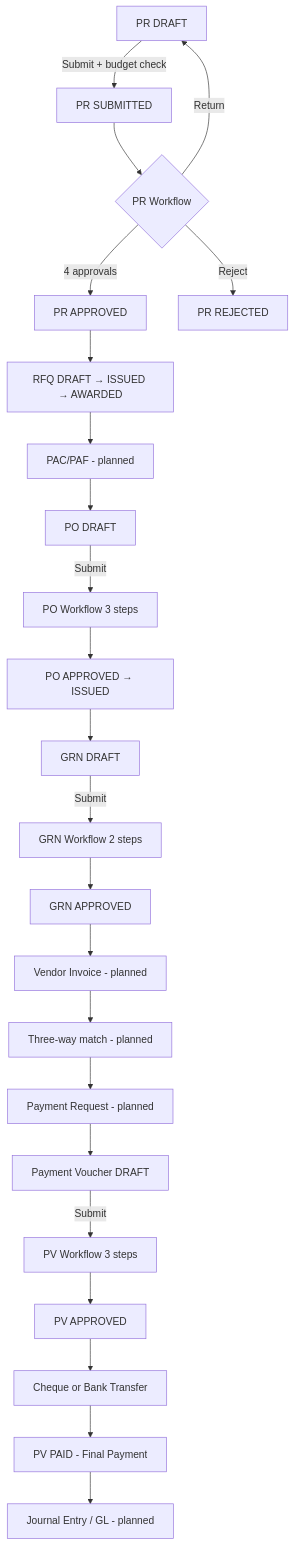
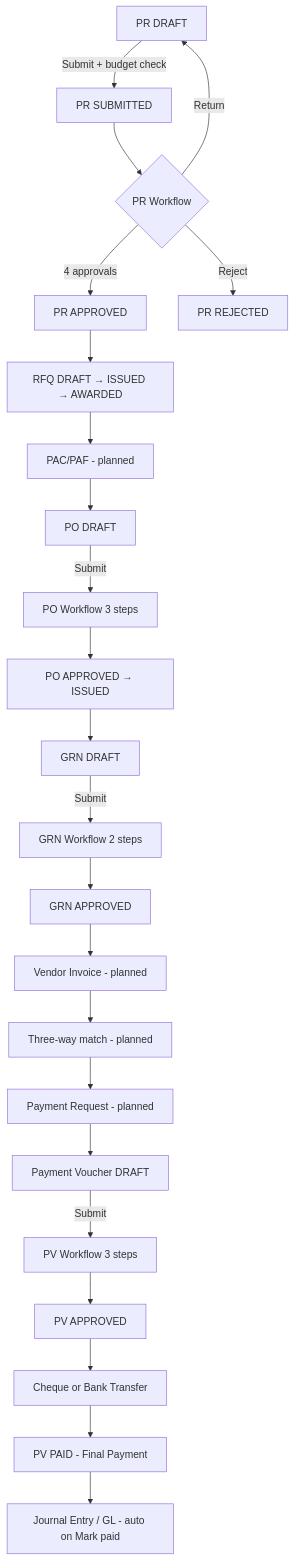
The diagram in workflow.md (MoayadMoawiah/IPFMS), drawn with Mermaid before and after one commit. The commit also changed 71 other files, not shown here.

````diff
--- a/workflow.md
+++ b/workflow.md
@@ -160,29 +160,29 @@
 ```mermaid
 flowchart TD
     A[PR DRAFT] -->|Submit + budget check| B[PR SUBMITTED]
     B --> C{PR Workflow}
     C -->|4 approvals| D[PR APPROVED]
     C -->|Reject| E[PR REJECTED]
     C -->|Return| A
 
     D --> F[RFQ DRAFT → ISSUED → AWARDED]
     F --> G[PAC/PAF - planned]
     G --> H[PO DRAFT]
     H -->|Submit| I[PO Workflow 3 steps]
     I --> J[PO APPROVED → ISSUED]
 
     J --> K[GRN DRAFT]
     K -->|Submit| L[GRN Workflow 2 steps]
     L --> M[GRN APPROVED]
 
     M --> N[Vendor Invoice - planned]
     N --> O[Three-way match - planned]
     O --> P[Payment Request - planned]
 
     P --> Q[Payment Voucher DRAFT]
     Q -->|Submit| R[PV Workflow 3 steps]
     R --> S[PV APPROVED]
     S --> T[Cheque or Bank Transfer]
     T --> U[PV PAID - Final Payment]
-    U --> V[Journal Entry / GL - planned]
+    U --> V[Journal Entry / GL - auto on Mark paid]
 ```
````
